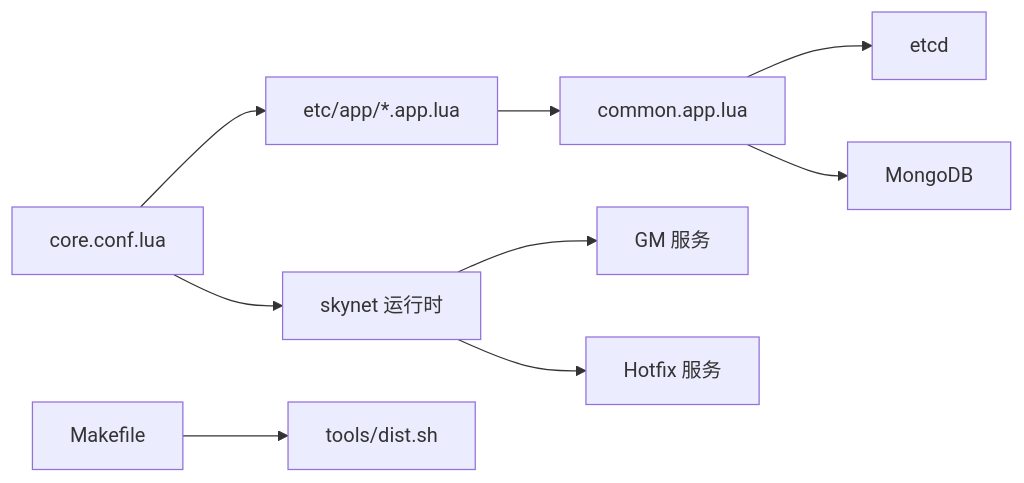
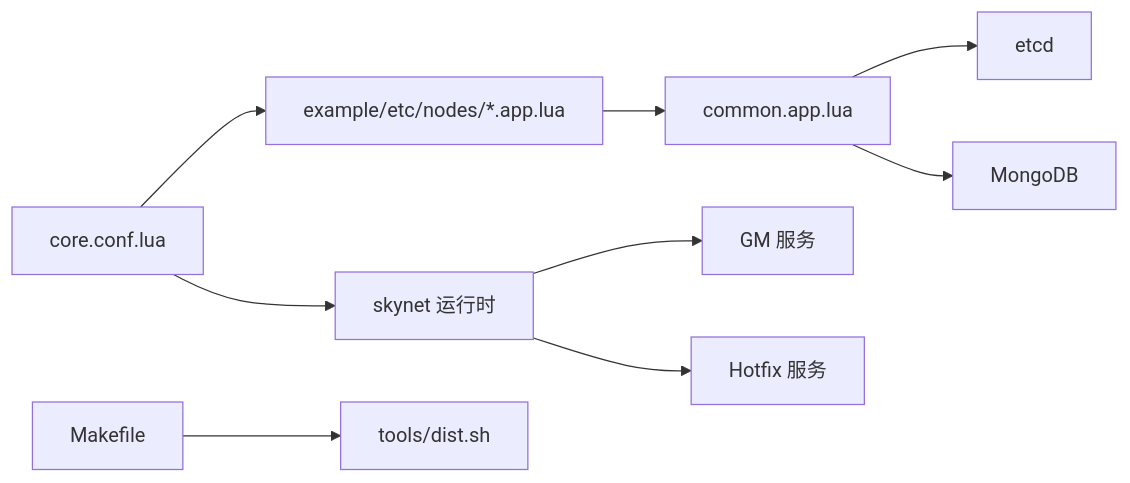
The sixth of 6 diagrams in docs/repowiki/zh/content/部署运维/部署运维.md (hanxi/skyext), drawn with Mermaid before and after one commit. The commit also changed other lines of this file and 117 other files, not shown here.

````diff
--- a/docs/repowiki/zh/content/部署运维/部署运维.md
+++ b/docs/repowiki/zh/content/部署运维/部署运维.md
@@ -224,11 +224,11 @@
 ```mermaid
 graph LR
-Core["core.conf.lua"] --> AppCfg["etc/app/*.app.lua"]
+Core["core.conf.lua"] --> AppCfg["example/etc/nodes/*.app.lua"]
 AppCfg --> Common["common.app.lua"]
 Common --> Etcd["etcd"]
 Common --> Mongo["MongoDB"]
 Core --> Runtime["skynet 运行时"]
 Runtime --> GM["GM 服务"]
 Runtime --> Hotfix["Hotfix 服务"]
 Make["Makefile"] --> Dist["tools/dist.sh"]
 ```
````
